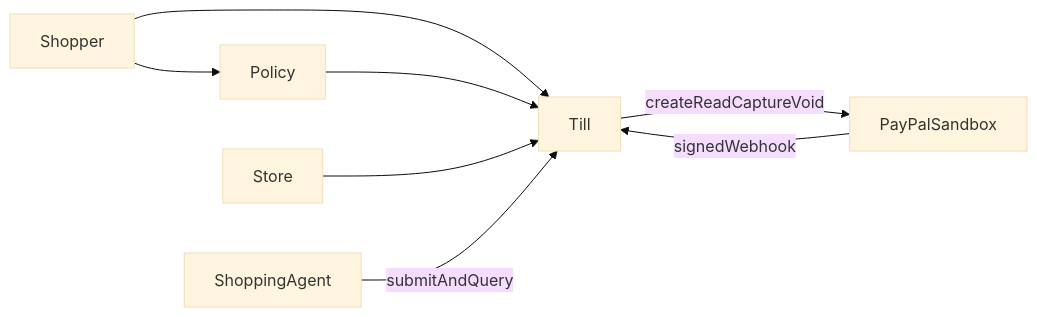
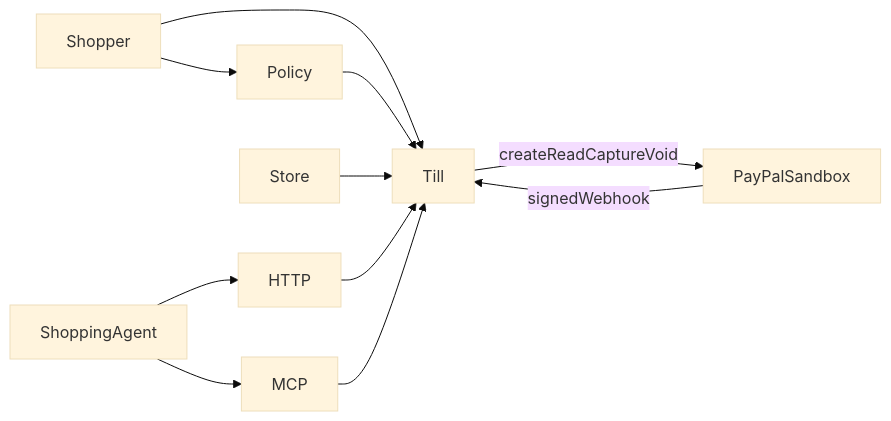
The first of 3 diagrams in .doc/design.md (yijia-xu/till), drawn with Mermaid (base theme) before and after one commit. The commit also changed other lines of this file and 7 other files, not shown here.

````diff
--- a/.doc/design.md
+++ b/.doc/design.md
@@ -9,17 +9,22 @@
 ```mermaid
 flowchart LR
   shopper[Shopper]
   policy[Policy]
   store[Store]
   agent[ShoppingAgent]
+  http[HTTP]
+  mcp[MCP]
   till[Till]
   paypal[PayPalSandbox]
 
   shopper --> policy
   shopper --> till
   policy --> till
   store --> till
-  agent -->|submitAndQuery| till
+  agent --> http
+  agent --> mcp
+  http --> till
+  mcp --> till
   till -->|createReadCaptureVoid| paypal
   paypal -->|signedWebhook| till
 ```
````
